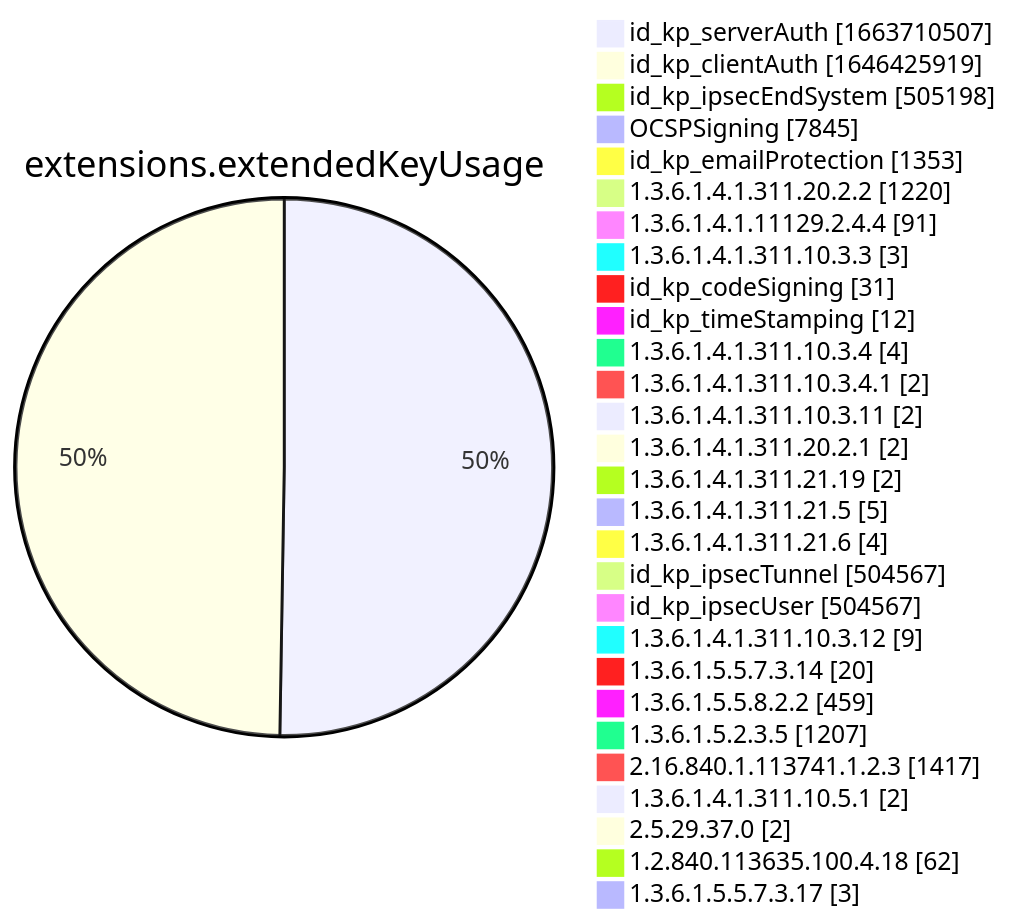
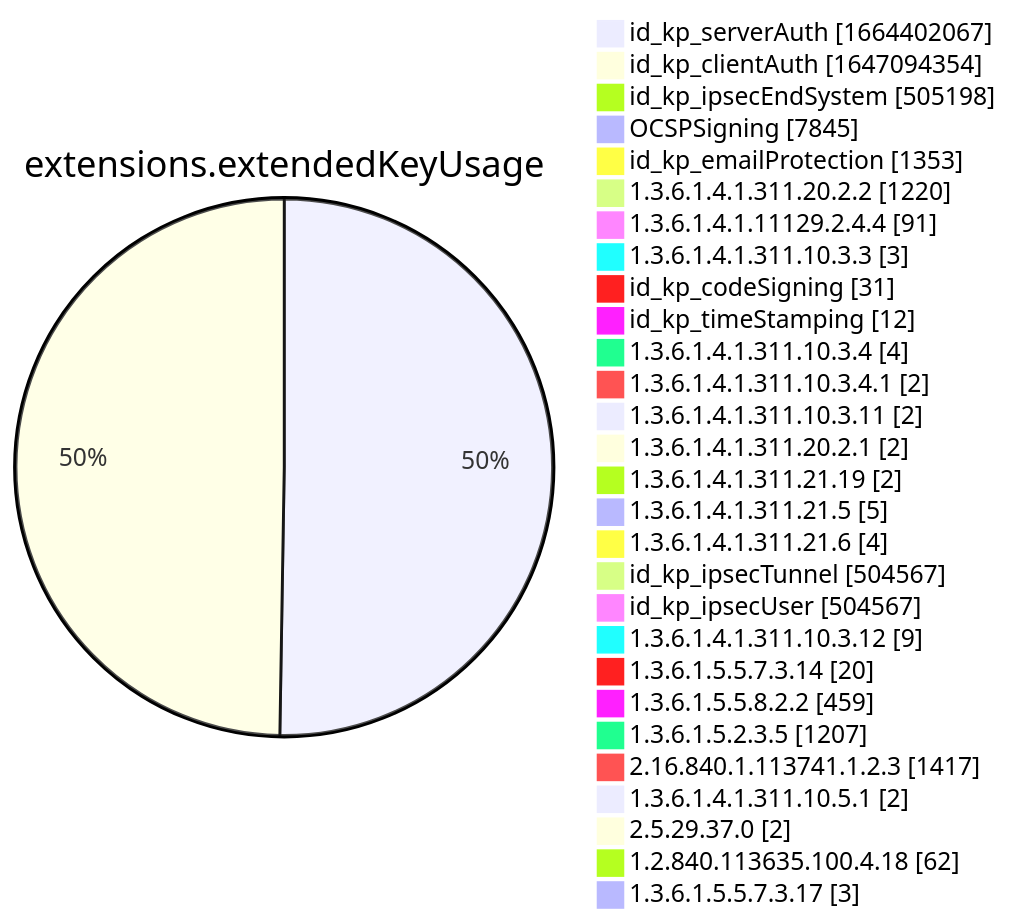
Diagram 12 of 15 in xenon2022/README.md (christiankrug/ctmonitor_visualization), drawn with Mermaid before and after one commit. The commit also changed other lines of this file, not shown here.

````diff
--- a/xenon2022/README.md
+++ b/xenon2022/README.md
@@ -3887,32 +3887,32 @@
 ```mermaid
 pie showData
 title extensions.extendedKeyUsage
-"id_kp_serverAuth" :1663710507
-"id_kp_clientAuth" :1646425919
+"id_kp_serverAuth" :1664402067
+"id_kp_clientAuth" :1647094354
 "id_kp_ipsecEndSystem" :505198
 "OCSPSigning" :7845
 "id_kp_emailProtection" :1353
 "1.3.6.1.4.1.311.20.2.2" :1220
 "1.3.6.1.4.1.11129.2.4.4" :91
 "1.3.6.1.4.1.311.10.3.3" :3
 "id_kp_codeSigning" :31
 "id_kp_timeStamping" :12
 "1.3.6.1.4.1.311.10.3.4" :4
 "1.3.6.1.4.1.311.10.3.4.1" :2
 "1.3.6.1.4.1.311.10.3.11" :2
 "1.3.6.1.4.1.311.20.2.1" :2
 "1.3.6.1.4.1.311.21.19" :2
 "1.3.6.1.4.1.311.21.5" :5
 "1.3.6.1.4.1.311.21.6" :4
 "id_kp_ipsecTunnel" :504567
 "id_kp_ipsecUser" :504567
 "1.3.6.1.4.1.311.10.3.12" :9
 "1.3.6.1.5.5.7.3.14" :20
 "1.3.6.1.5.5.8.2.2" :459
 "1.3.6.1.5.2.3.5" :1207
 "2.16.840.1.113741.1.2.3" :1417
 "1.3.6.1.4.1.311.10.5.1" :2
 "2.5.29.37.0" :2
 "1.2.840.113635.100.4.18" :62
 "1.3.6.1.5.5.7.3.17" :3
 ```
````
